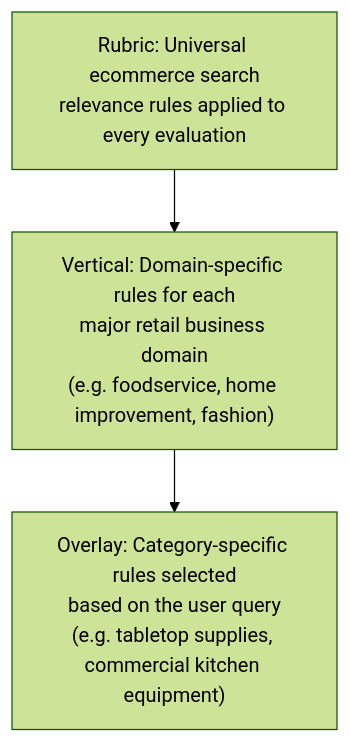
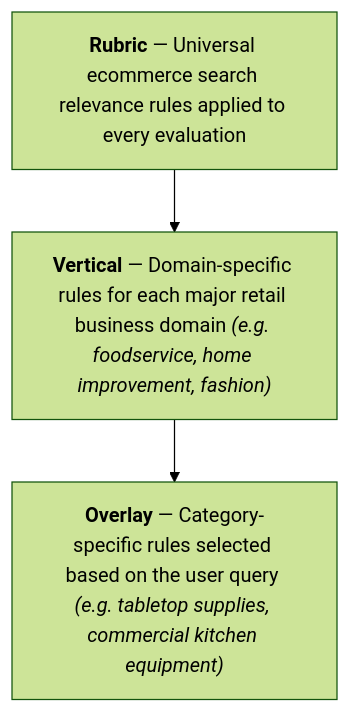
The diagram in README.md (asarnaout/veritail), drawn with Mermaid (forest theme) before and after one commit.

Commit message:
Widen mermaid diagram boxes in README

````diff
--- a/README.md
+++ b/README.md
@@ -168,8 +168,8 @@
 ```mermaid
 flowchart TD
-    A["Rubric: Universal ecommerce search\nrelevance rules applied to every evaluation"]
-    B["Vertical: Domain-specific rules for each\nmajor retail business domain\n(e.g. foodservice, home improvement, fashion)"]
-    C["Overlay: Category-specific rules selected\nbased on the user query\n(e.g. tabletop supplies, commercial kitchen equipment)"]
+    A["<b>Rubric</b> — Universal ecommerce search relevance rules applied to every evaluation"]
+    B["<b>Vertical</b> — Domain-specific rules for each major retail business domain <i>(e.g. foodservice, home improvement, fashion)</i>"]
+    C["<b>Overlay</b> — Category-specific rules selected based on the user query <i>(e.g. tabletop supplies, commercial kitchen equipment)</i>"]
 
     A --> B --> C
 ```
````
